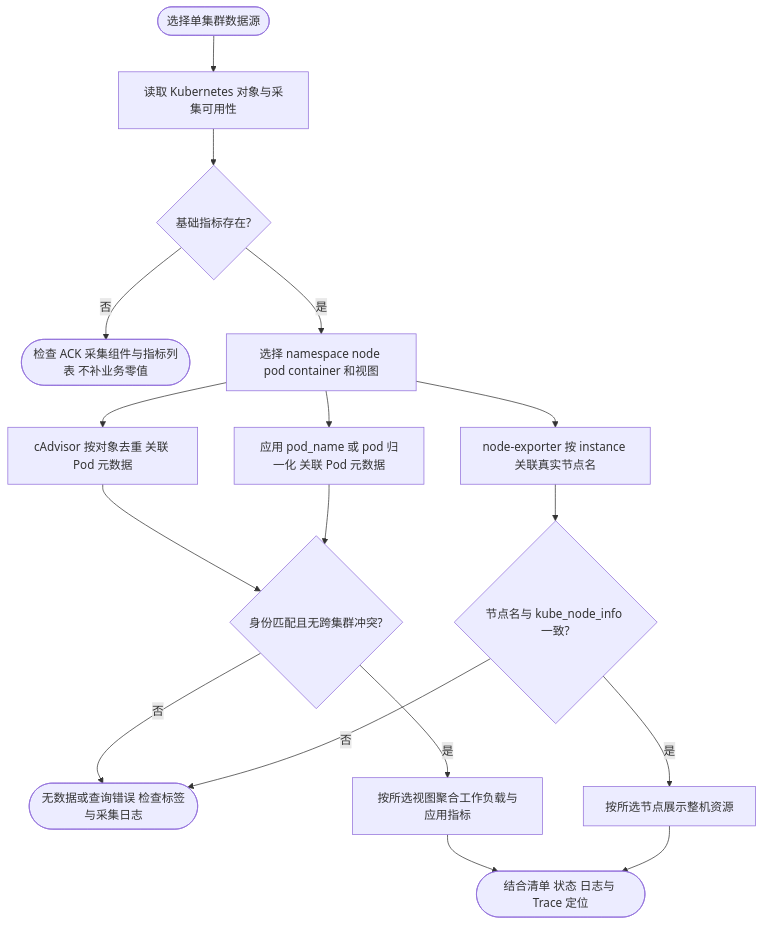
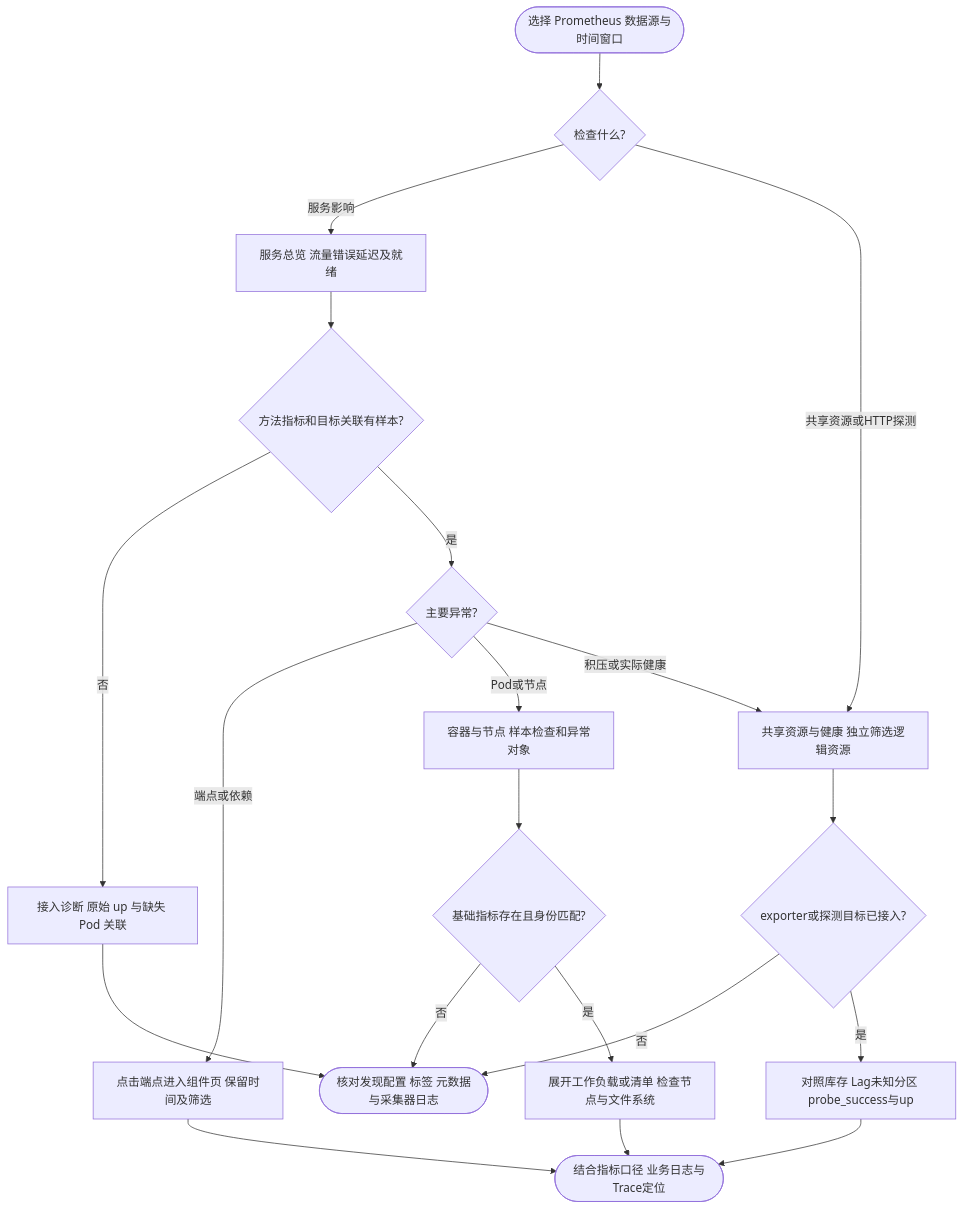
The diagram in deploy/observability/docs/dashboard.md (jaggerzhuang1994/kratos-foundation), drawn with Mermaid before and after one commit. The commit also changed other lines of this file and 204 other files, not shown here.

````diff
--- a/deploy/observability/docs/dashboard.md
+++ b/deploy/observability/docs/dashboard.md
@@ -59,19 +22,22 @@
 ```mermaid
 flowchart TD
-    A([选择单集群数据源]) --> B[读取 Kubernetes 对象与采集可用性]
-    B --> C{基础指标存在?}
-    C -- 否 --> D([检查 ACK 采集组件与指标列表 不补业务零值])
-    C -- 是 --> E[选择 namespace node pod container 和视图]
-    E --> F[cAdvisor 按对象去重 关联 Pod 元数据]
-    E --> G[node-exporter 按 instance 关联真实节点名]
-    E --> H[应用 pod_name 或 pod 归一化 关联 Pod 元数据]
-    F --> I{身份匹配且无跨集群冲突?}
-    H --> I
-    G --> J{节点名与 kube_node_info 一致?}
-    I -- 否 --> K([无数据或查询错误 检查标签与采集日志])
-    J -- 否 --> K
-    I -- 是 --> L[按所选视图聚合工作负载与应用指标]
-    J -- 是 --> M[按所选节点展示整机资源]
-    L --> N([结合清单 状态 日志与 Trace 定位])
-    M --> N
+    A([选择 Prometheus 数据源与时间窗口]) --> B{检查什么?}
+    B -- 服务影响 --> C[服务总览 流量错误延迟及就绪]
+    C --> D{方法指标和目标关联有样本?}
+    D -- 否 --> E[接入诊断 原始 up 与缺失 Pod 关联]
+    E --> F([核对发现配置 标签 元数据与采集器日志])
+    D -- 是 --> G{主要异常?}
+    G -- 端点或依赖 --> H[点击端点进入组件页 保留时间及筛选]
+    G -- Pod或节点 --> I[容器与节点 样本检查和异常对象]
+    I --> J{基础指标存在且身份匹配?}
+    J -- 否 --> F
+    J -- 是 --> K[展开工作负载或清单 检查节点与文件系统]
+    G -- 积压或实际健康 --> L[共享资源与健康 独立筛选逻辑资源]
+    B -- 共享资源或HTTP探测 --> L
+    L --> M{exporter或探测目标已接入?}
+    M -- 否 --> F
+    M -- 是 --> N[对照库存 Lag未知分区 probe_success与up]
+    H --> O([结合指标口径 业务日志与Trace定位])
+    K --> O
+    N --> O
 ```
````
